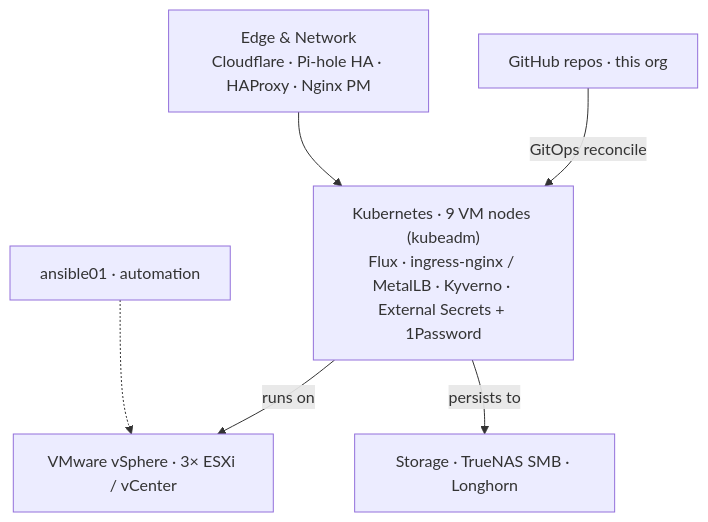
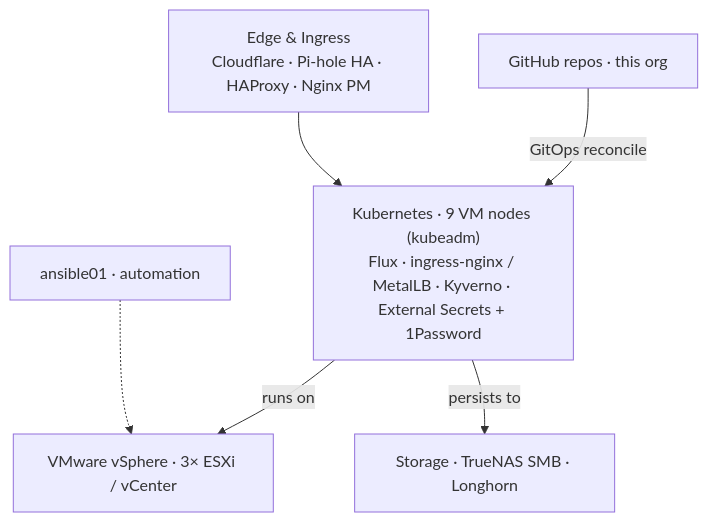
One commit to vollminlab/.github changed the diagram in profile/README.md. Above: the diagram before and after it, drawn with Mermaid.

Commit message:
Rename diagram edge layer to Edge & Ingress for accuracy

````diff
--- a/profile/README.md
+++ b/profile/README.md
@@ -13,9 +13,9 @@
 ```mermaid
 flowchart TB
     GH["GitHub repos · this org"] -->|GitOps reconcile| K8S
-    EDGE["Edge & Network<br/>Cloudflare · Pi-hole HA · HAProxy · Nginx PM"] --> K8S
+    EDGE["Edge & Ingress<br/>Cloudflare · Pi-hole HA · HAProxy · Nginx PM"] --> K8S
     K8S["Kubernetes · 9 VM nodes (kubeadm)<br/>Flux · ingress-nginx / MetalLB · Kyverno · External Secrets + 1Password"]
     K8S -->|runs on| VIRT["VMware vSphere · 3× ESXi / vCenter"]
     K8S -->|persists to| STORE["Storage · TrueNAS SMB · Longhorn"]
     ANS["ansible01 · automation"] -.-> VIRT
 ```
````
